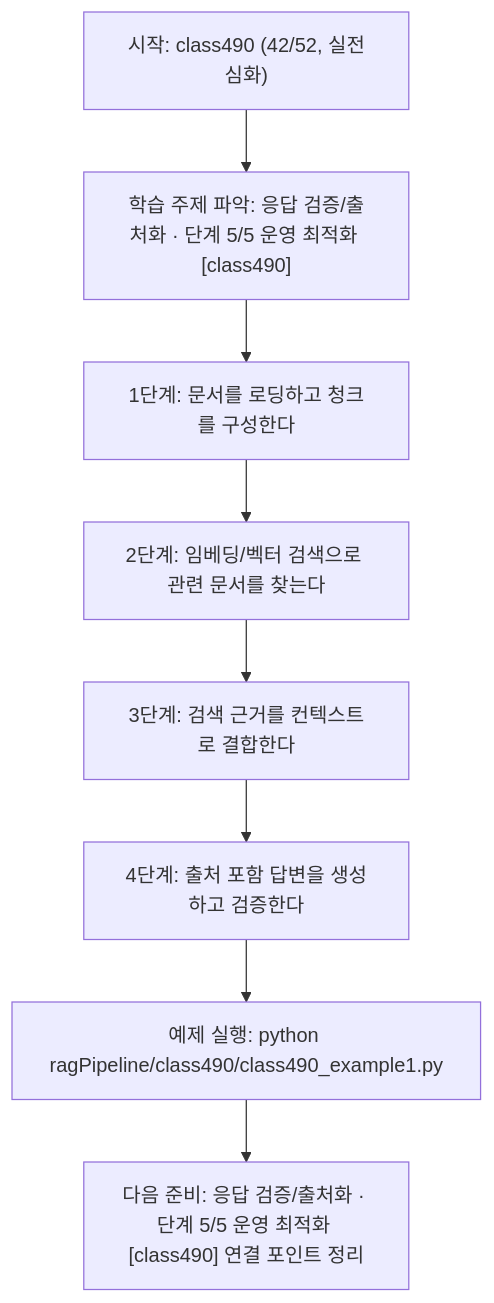
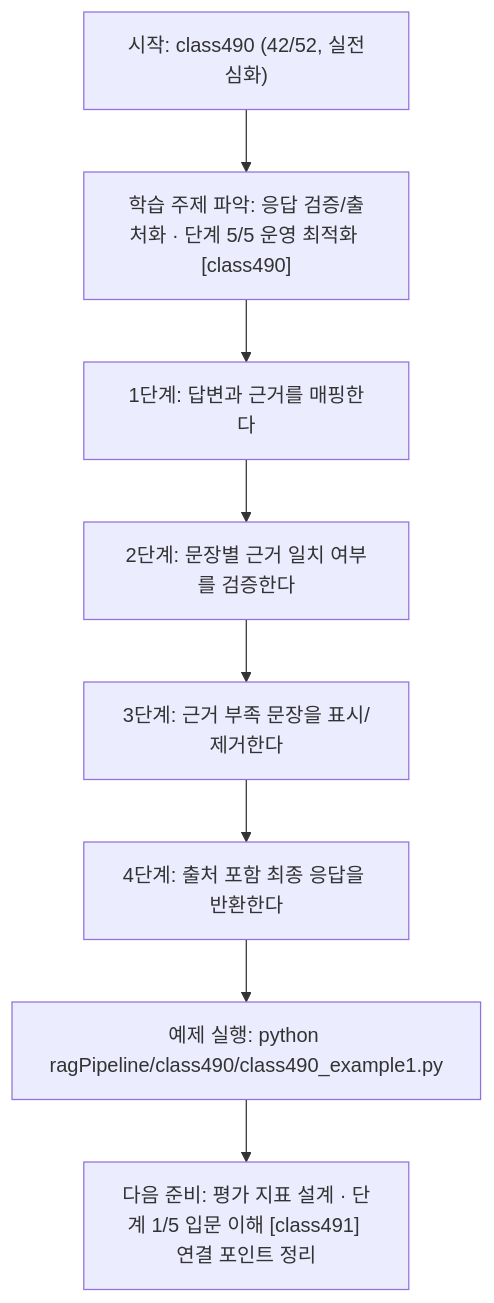
The diagram in ragPipeline/class490/class490.md (edumgt/Python-AI_Agent-Class), drawn with Mermaid before and after one commit. The commit also changed other lines of this file and 367 other files, not shown here.

````diff
--- a/ragPipeline/class490/class490.md
+++ b/ragPipeline/class490/class490.md
@@ -111,18 +92,18 @@
 ```mermaid
 flowchart TD
 N1["시작: class490 (42/52, 실전심화)"]
 N2["학습 주제 파악: 응답 검증/출처화 · 단계 5/5 운영 최적화 [class490]"]
-N3["1단계: 문서를 로딩하고 청크를 구성한다"]
-N4["2단계: 임베딩/벡터 검색으로 관련 문서를 찾는다"]
-N5["3단계: 검색 근거를 컨텍스트로 결합한다"]
-N6["4단계: 출처 포함 답변을 생성하고 검증한다"]
+N3["1단계: 답변과 근거를 매핑한다"]
+N4["2단계: 문장별 근거 일치 여부를 검증한다"]
+N5["3단계: 근거 부족 문장을 표시/제거한다"]
+N6["4단계: 출처 포함 최종 응답을 반환한다"]
 N7["예제 실행: python ragPipeline/class490/class490_example1.py"]
-N8["다음 준비: 응답 검증/출처화 · 단계 5/5 운영 최적화 [class490] 연결 포인트 정리"]
+N8["다음 준비: 평가 지표 설계 · 단계 1/5 입문 이해 [class491] 연결 포인트 정리"]
 N1 --> N2
 N2 --> N3
 N3 --> N4
 N4 --> N5
 N5 --> N6
 N6 --> N7
 N7 --> N8
 ```
````
